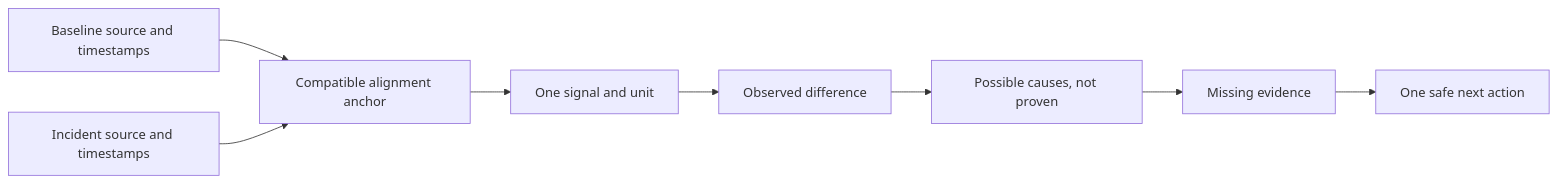
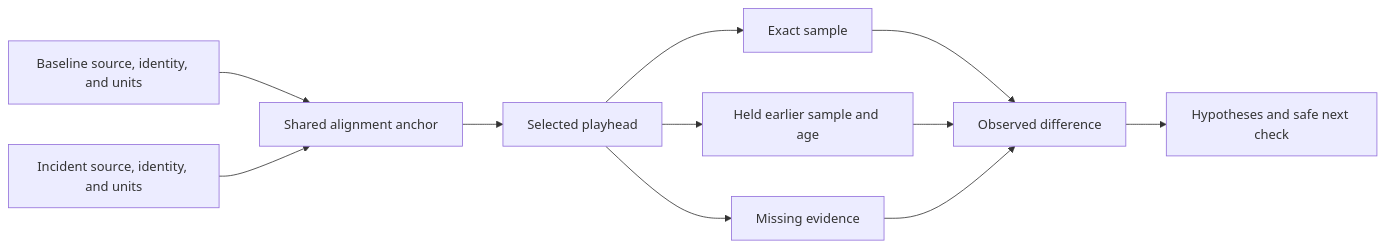
One commit to ARES-23247/ARESWEB changed the diagram in content/learning/testing-debugging/02-logs-replay.md. Above: the diagram before and after it, drawn with Mermaid. The commit also changed other lines of this file and 5 other files, not shown here.

````diff
--- a/content/learning/testing-debugging/02-logs-replay.md
+++ b/content/learning/testing-debugging/02-logs-replay.md
@@ -43,11 +52,14 @@
 ```mermaid
-%% aria: A baseline log and incident log each keep source identity and timestamps. A compatible anchor shifts their timelines. One unit-bearing signal is compared. The student records an observed difference, possible causes, missing evidence, and one safe next action.
+%% aria: A baseline log and incident log keep their source identity and units. A shared anchor aligns both timelines. At the selected playhead, each run reports an exact sample, a held earlier sample, or missing evidence. The student records an observation, possible causes, missing evidence, and one safe next action.
 flowchart LR
-  B["Baseline source and timestamps"] --> A["Compatible alignment anchor"]
-  I["Incident source and timestamps"] --> A
-  A --> S["One signal and unit"]
-  S --> O["Observed difference"]
-  O --> H["Possible causes, not proven"]
-  H --> M["Missing evidence"]
-  M --> N["One safe next action"]
+  B["Baseline source, identity, and units"] --> A["Shared alignment anchor"]
+  I["Incident source, identity, and units"] --> A
+  A --> P["Selected playhead"]
+  P --> E["Exact sample"]
+  P --> H["Held earlier sample and age"]
+  P --> M["Missing evidence"]
+  E --> O["Observed difference"]
+  H --> O
+  M --> O
+  O --> Q["Hypotheses and safe next check"]
 ```
````
